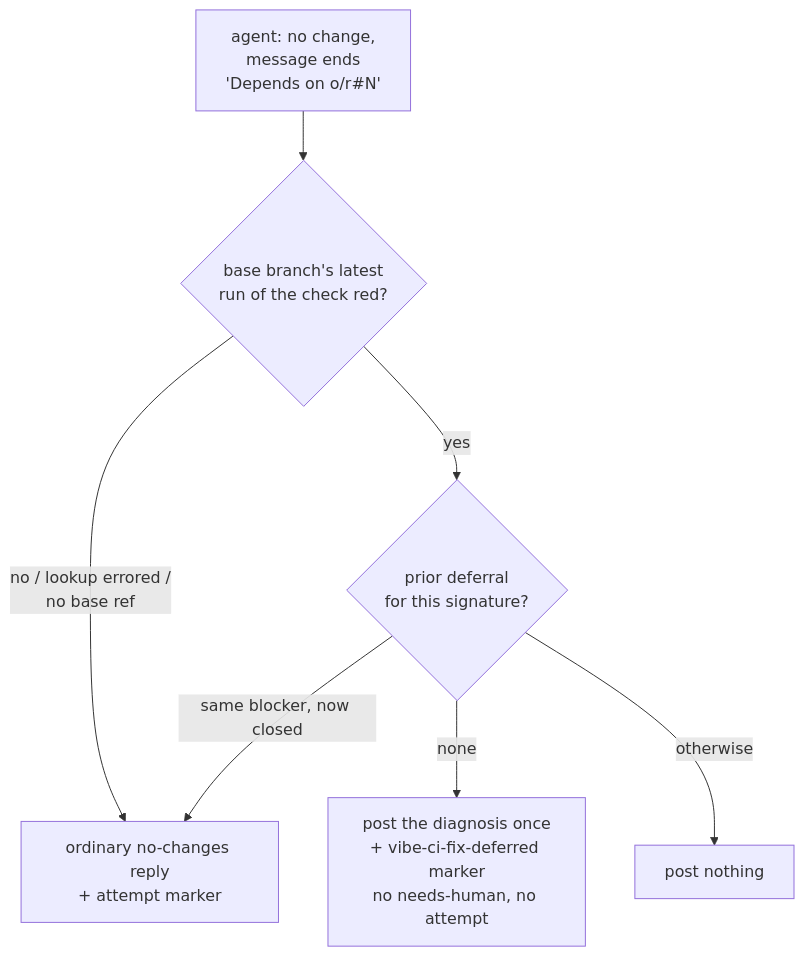
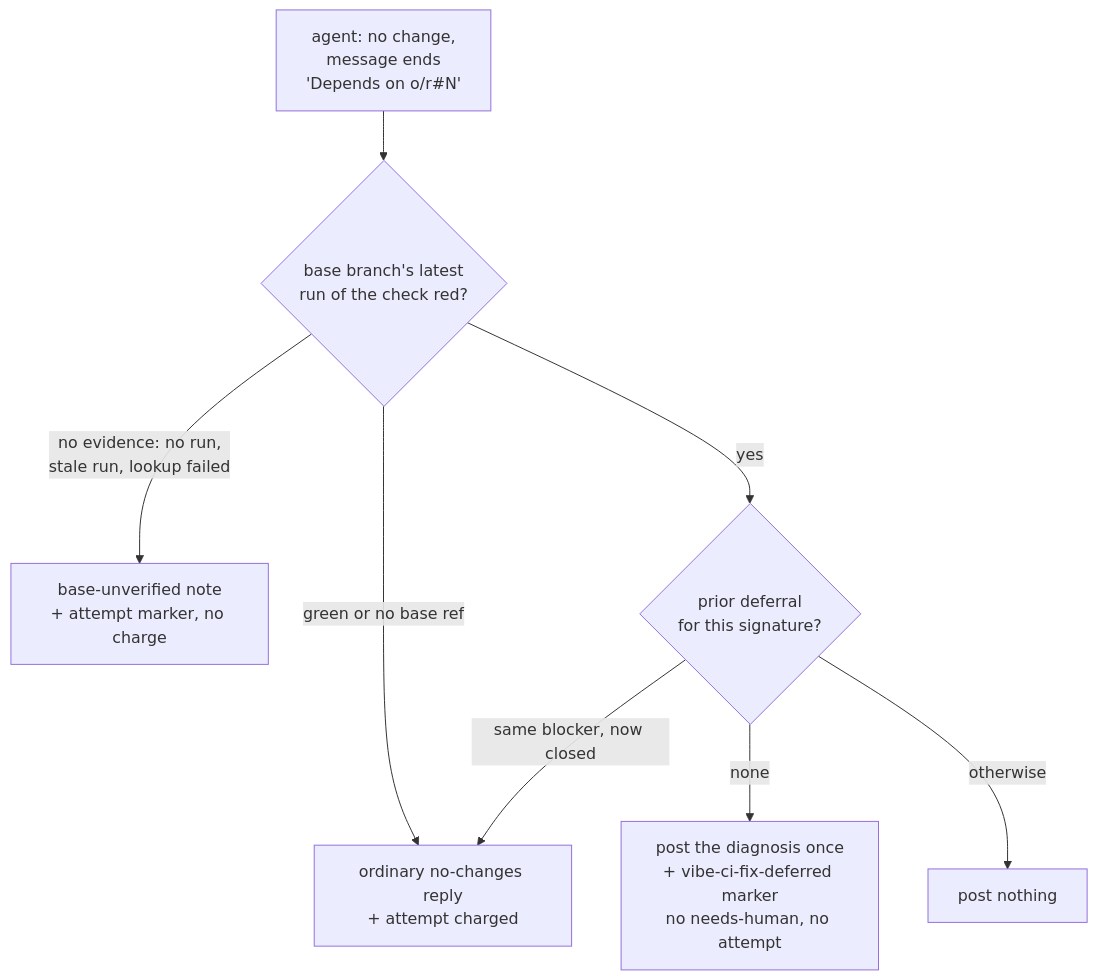
The fifth of 8 diagrams in docs/workflows/ci-fix.md (stSoftwareAU/VibeCoder), drawn with Mermaid before and after one commit. The commit also changed other lines of this file and 10 other files, not shown here.

````diff
--- a/docs/workflows/ci-fix.md
+++ b/docs/workflows/ci-fix.md
@@ -571,9 +601,10 @@
 ```mermaid
 flowchart TD
     A["agent: no change,<br/>message ends<br/>'Depends on o/r#N'"] --> B{"base branch's latest<br/>run of the check red?"}
-    B -->|"no / lookup errored /<br/>no base ref"| D["ordinary no-changes reply<br/>+ attempt marker"]
+    B -->|"green or no base ref"| D["ordinary no-changes reply<br/>+ attempt charged"]
+    B -->|"no evidence: no run,<br/>stale run, lookup failed"| U["base-unverified note<br/>+ attempt marker, no charge"]
     B -->|yes| P{"prior deferral<br/>for this signature?"}
     P -->|none| C["post the diagnosis once<br/>+ vibe-ci-fix-deferred marker<br/>no needs-human, no attempt"]
     P -->|"same blocker, now closed"| D
     P -->|otherwise| N["post nothing"]
 ```
````
